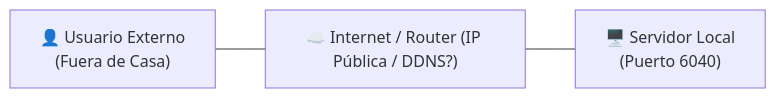
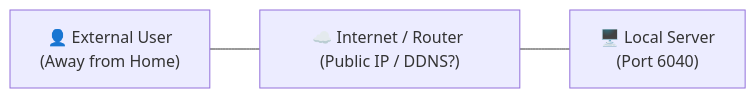
The first of 5 diagrams in mkdocs_src/docs/admin/service_exposure.es.md (Librefolio/LibreFolio), drawn with Mermaid before and after one commit. The commit also changed other lines of this file and 430 other files, not shown here.

````diff
--- a/mkdocs_src/docs/admin/service_exposure.es.md
+++ b/mkdocs_src/docs/admin/service_exposure.es.md
@@ -23,5 +30,5 @@
 ```mermaid
 graph LR
- User["👤 Usuario Externo<br>(Fuera de Casa)"] --- Cloud["☁️ Internet / Router (IP Pública / DDNS?)"]
- Cloud --- Server["🖥️ Servidor Local<br>(Puerto 6040)"]
+    User["👤 External User<br>(Away from Home)"] --- Cloud["☁️ Internet / Router (Public IP / DDNS?)"]
+    Cloud --- Server["🖥️ Local Server<br>(Port 6040)"]
 ```
````
